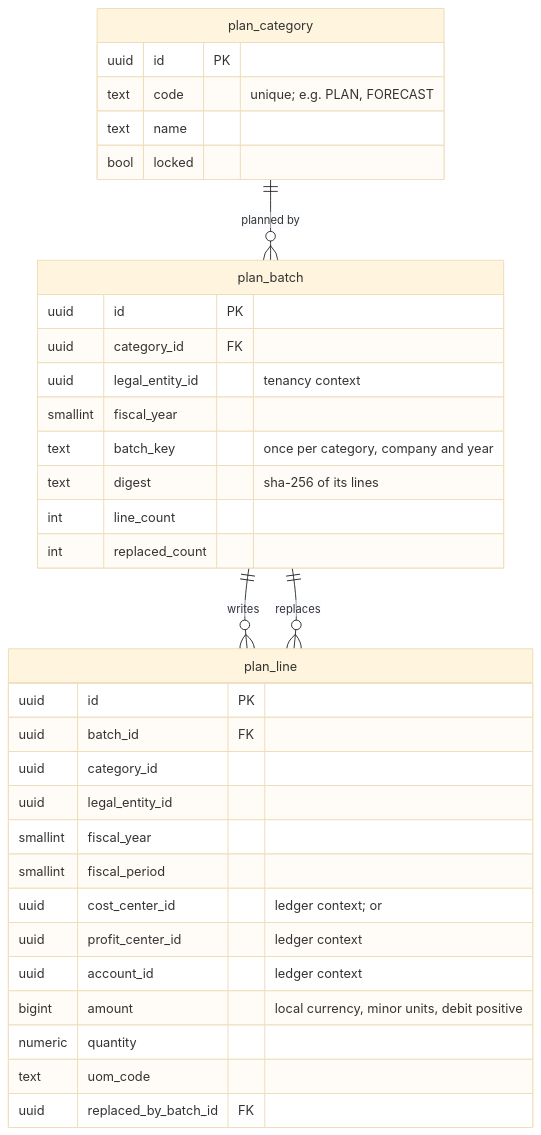
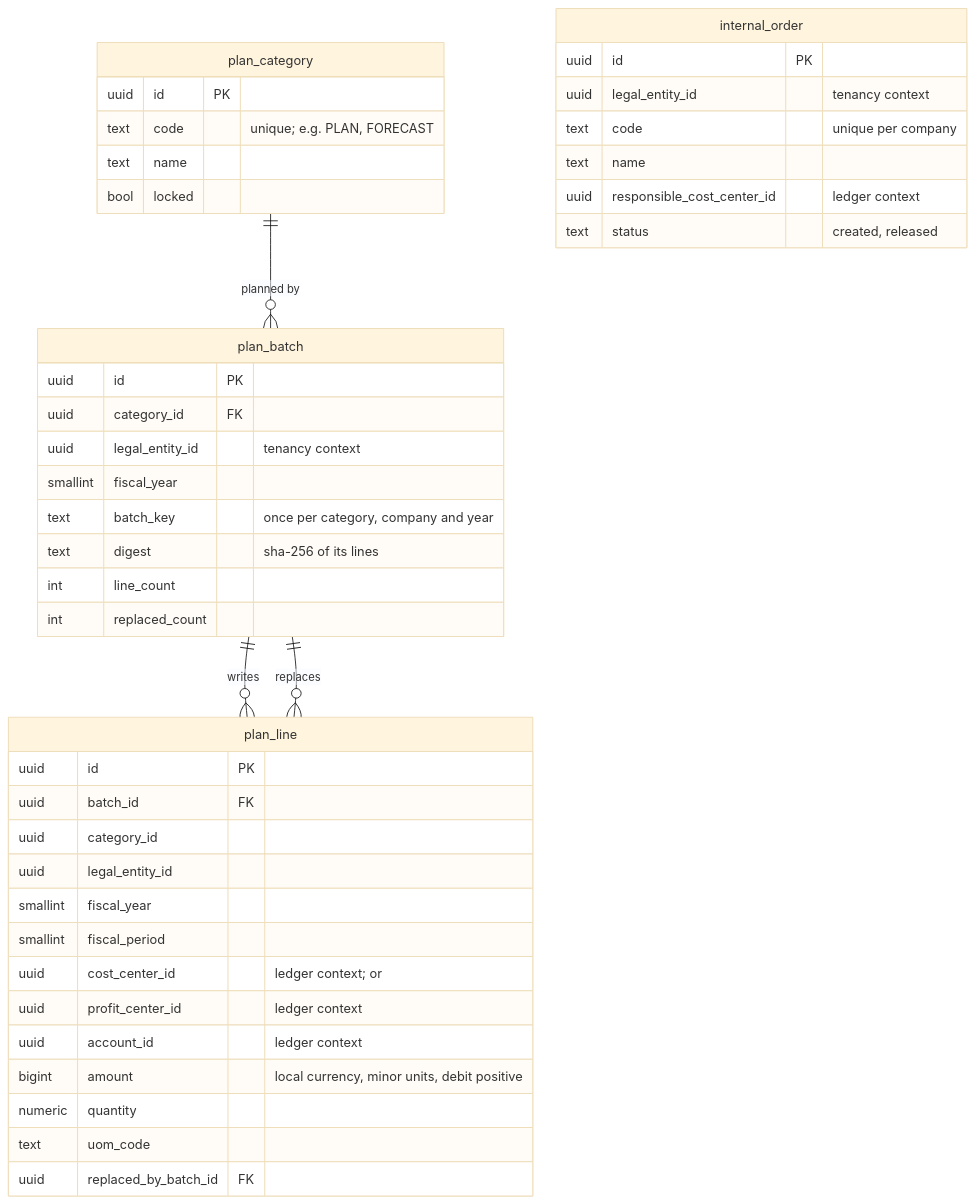
Diagram 11 of 13 in docs/design/03-data-model.md (mustie7iy/agentic-erp), drawn with Mermaid (base theme) before and after one commit. The commit also changed other lines of this file and 34 other files, not shown here.

First line of the commit message:
T60a: an internal order created and released (controlling II, ADR-0064)

````diff
--- a/docs/design/03-data-model.md
+++ b/docs/design/03-data-model.md
@@ -3255,31 +3259,37 @@
 ```mermaid
 erDiagram
   plan_category ||--o{ plan_batch : "planned by"
   plan_batch ||--o{ plan_line : "writes"
   plan_batch ||--o{ plan_line : "replaces"
   plan_category { uuid id PK
     text code "unique; e.g. PLAN, FORECAST"
     text name
     bool locked }
   plan_batch { uuid id PK
     uuid category_id FK
     uuid legal_entity_id "tenancy context"
     smallint fiscal_year
     text batch_key "once per category, company and year"
     text digest "sha-256 of its lines"
     int line_count
     int replaced_count }
   plan_line { uuid id PK
     uuid batch_id FK
     uuid category_id
     uuid legal_entity_id
     smallint fiscal_year
     smallint fiscal_period
     uuid cost_center_id "ledger context; or"
     uuid profit_center_id "ledger context"
     uuid account_id "ledger context"
     bigint amount "local currency, minor units, debit positive"
     numeric quantity
     text uom_code
     uuid replaced_by_batch_id FK }
+  internal_order { uuid id PK
+    uuid legal_entity_id "tenancy context"
+    text code "unique per company"
+    text name
+    uuid responsible_cost_center_id "ledger context"
+    text status "created, released" }
 ```
````
